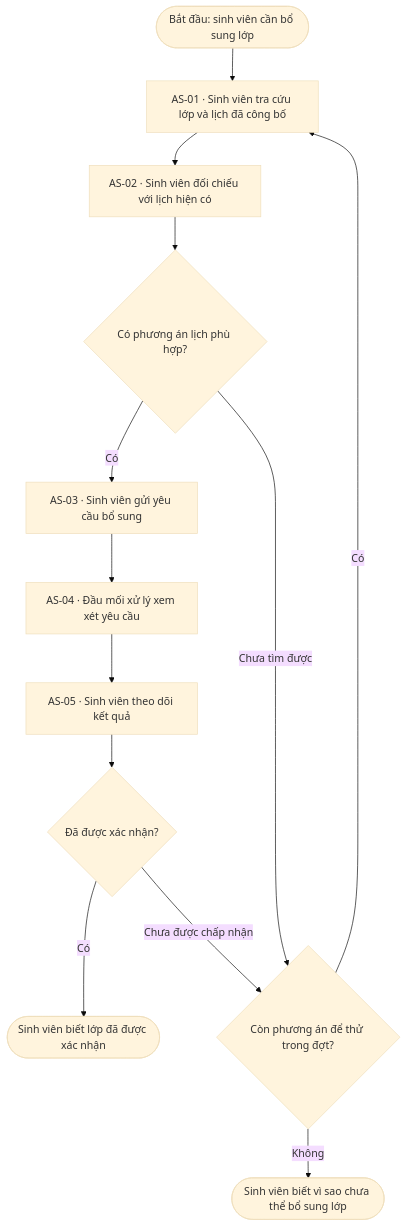
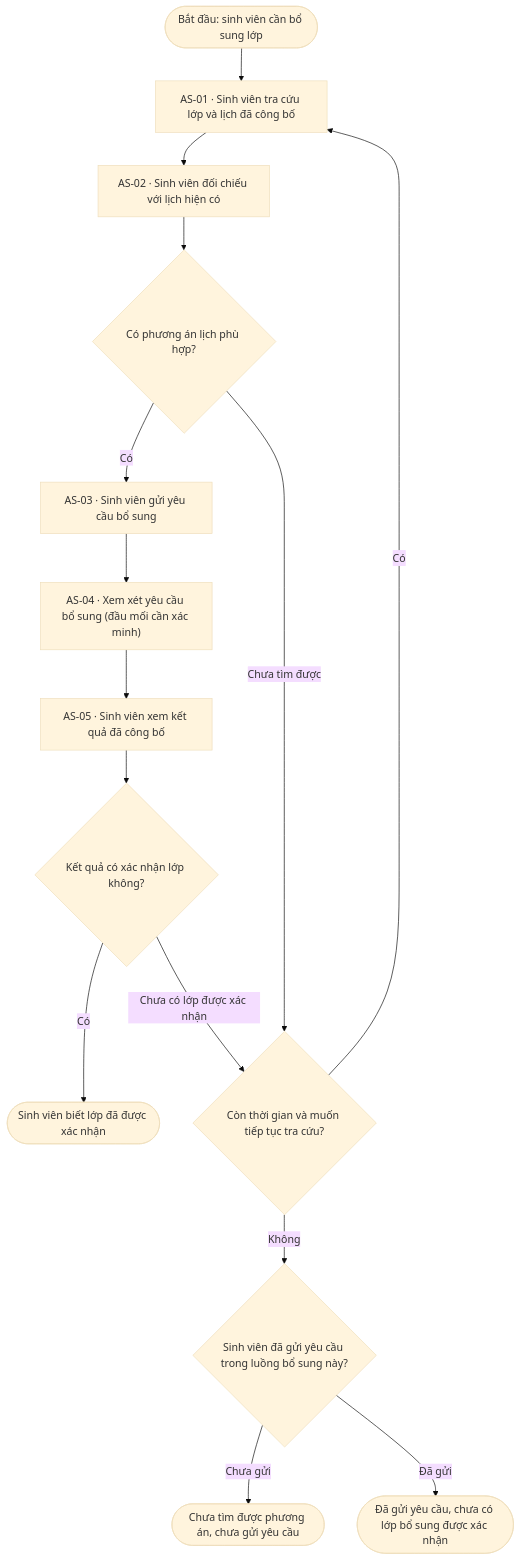
Before and after one commit to cacancap/IT3120_QuanLyDaoTao: the first of 2 diagrams in lab-02/01-MoHinhNghiepVu.md, drawn with Mermaid (base theme). The commit also changed other lines of this file, not shown here.

````diff
--- a/lab-02/01-MoHinhNghiepVu.md
+++ b/lab-02/01-MoHinhNghiepVu.md
@@ -22,21 +22,25 @@
 ```mermaid
 flowchart TD
     S(["Bắt đầu: sinh viên cần bổ sung lớp"])
     A1["AS-01 · Sinh viên tra cứu lớp và lịch đã công bố"]
     A2["AS-02 · Sinh viên đối chiếu với lịch hiện có"]
     D1{"Có phương án lịch phù hợp?"}
     A3["AS-03 · Sinh viên gửi yêu cầu bổ sung"]
-    A4["AS-04 · Đầu mối xử lý xem xét yêu cầu"]
-    A5["AS-05 · Sinh viên theo dõi kết quả"]
-    D2{"Đã được xác nhận?"}
-    D3{"Còn phương án để thử trong đợt?"}
+    A4["AS-04 · Xem xét yêu cầu bổ sung (đầu mối cần xác minh)"]
+    A5["AS-05 · Sinh viên xem kết quả đã công bố"]
+    D2{"Kết quả có xác nhận lớp không?"}
+    D3{"Còn thời gian và muốn tiếp tục tra cứu?"}
+    D4{"Sinh viên đã gửi yêu cầu trong luồng bổ sung này?"}
     Y(["Sinh viên biết lớp đã được xác nhận"])
-    N(["Sinh viên biết vì sao chưa thể bổ sung lớp"])
+    N1(["Chưa tìm được phương án, chưa gửi yêu cầu"])
+    N2(["Đã gửi yêu cầu, chưa có lớp bổ sung được xác nhận"])
     S --> A1 --> A2 --> D1
     D1 -->|Có| A3 --> A4 --> A5 --> D2
     D1 -->|Chưa tìm được| D3
     D2 -->|Có| Y
-    D2 -->|Chưa được chấp nhận| D3
+    D2 -->|Chưa có lớp được xác nhận| D3
     D3 -->|Có| A1
-    D3 -->|Không| N
+    D3 -->|Không| D4
+    D4 -->|Chưa gửi| N1
+    D4 -->|Đã gửi| N2
 ```
````
